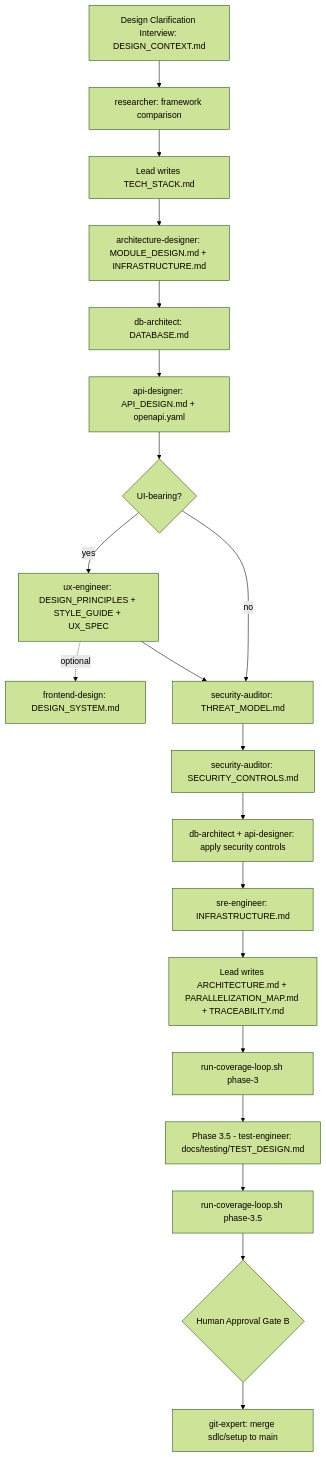
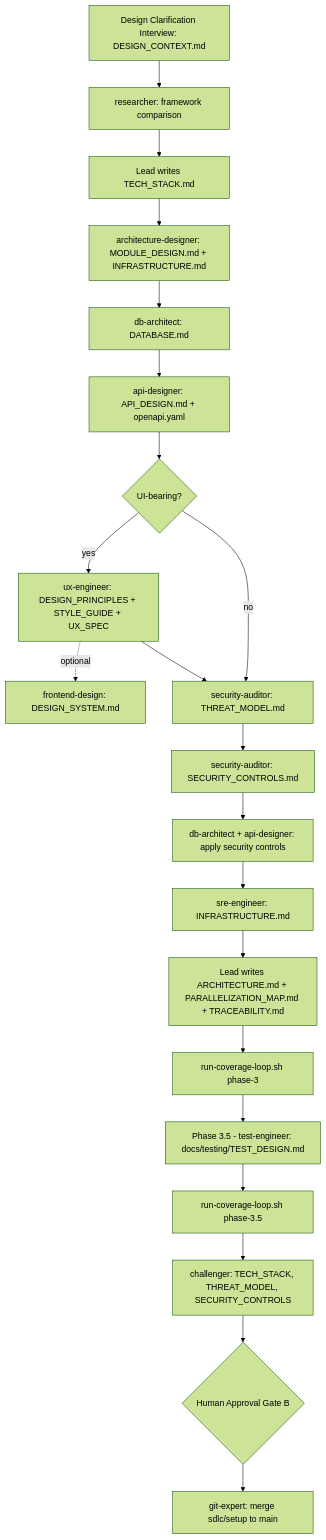
Before and after one commit to bpmforge/attest: the fifth of 7 diagrams in docs/flows/new-project.md, drawn with Mermaid (forest theme). The commit also changed other lines of this file and 6 other files, not shown here.

````diff
--- a/docs/flows/new-project.md
+++ b/docs/flows/new-project.md
@@ -63,21 +63,21 @@
 ```mermaid
 flowchart TD
     Q["Design Clarification Interview: DESIGN_CONTEXT.md"] --> R["researcher: framework comparison"]
     R --> TS["Lead writes TECH_STACK.md"]
     TS --> AD["architecture-designer: MODULE_DESIGN.md + INFRASTRUCTURE.md"]
     AD --> DB["db-architect: DATABASE.md"]
     DB --> API["api-designer: API_DESIGN.md + openapi.yaml"]
     API --> UI{UI-bearing?}
     UI -->|yes| UX["ux-engineer: DESIGN_PRINCIPLES + STYLE_GUIDE + UX_SPEC"]
     UX -.->|"optional"| FE["frontend-design: DESIGN_SYSTEM.md"]
     UX --> TM
     UI -->|no| TM["security-auditor: THREAT_MODEL.md"]
     TM --> SC["security-auditor: SECURITY_CONTROLS.md"]
     SC --> RC["db-architect + api-designer: apply security controls"]
     RC --> INF["sre-engineer: INFRASTRUCTURE.md"]
     INF --> SY["Lead writes ARCHITECTURE.md + PARALLELIZATION_MAP.md + TRACEABILITY.md"]
     SY --> G["run-coverage-loop.sh phase-3"]
     G --> TD["Phase 3.5 - test-engineer: docs/testing/TEST_DESIGN.md"]
-    TD --> G35["run-coverage-loop.sh phase-3.5"] --> GB{"Human Approval Gate B"}
+    TD --> G35["run-coverage-loop.sh phase-3.5"] --> CB["challenger: TECH_STACK, THREAT_MODEL, SECURITY_CONTROLS"] --> GB{"Human Approval Gate B"}
     GB --> MG["git-expert: merge sdlc/setup to main"]
 ```
````
